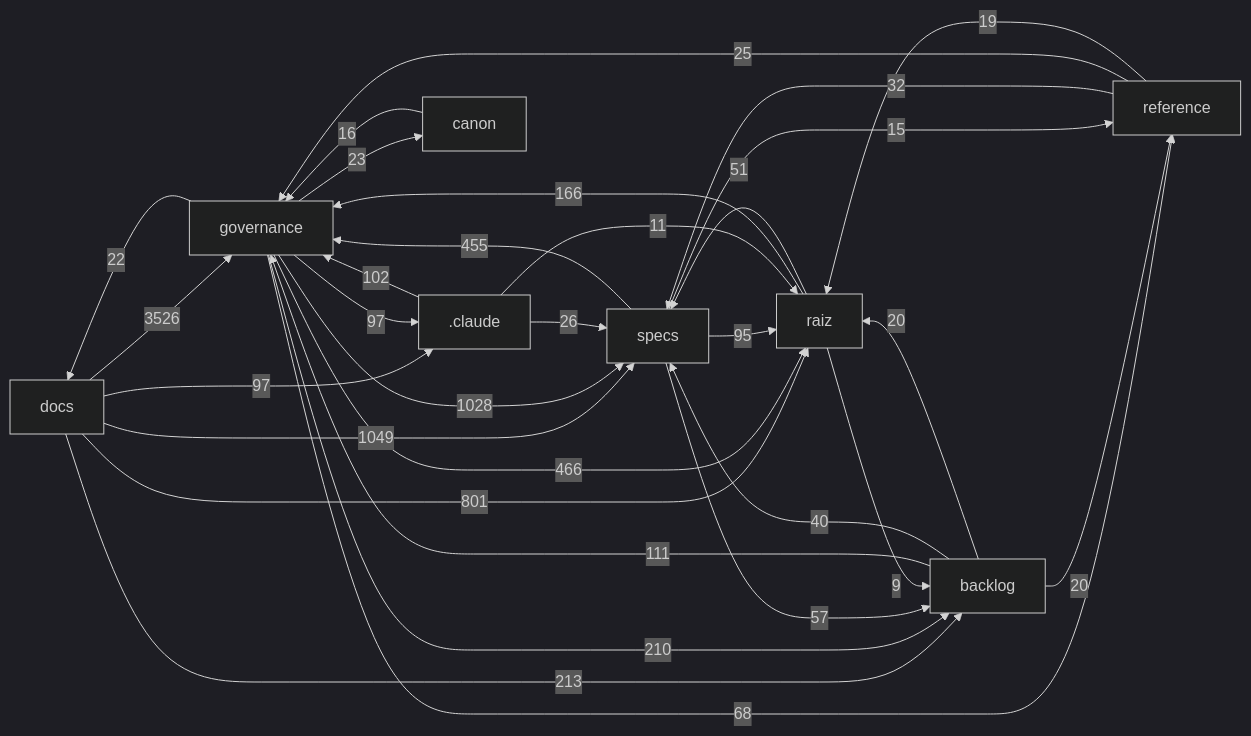
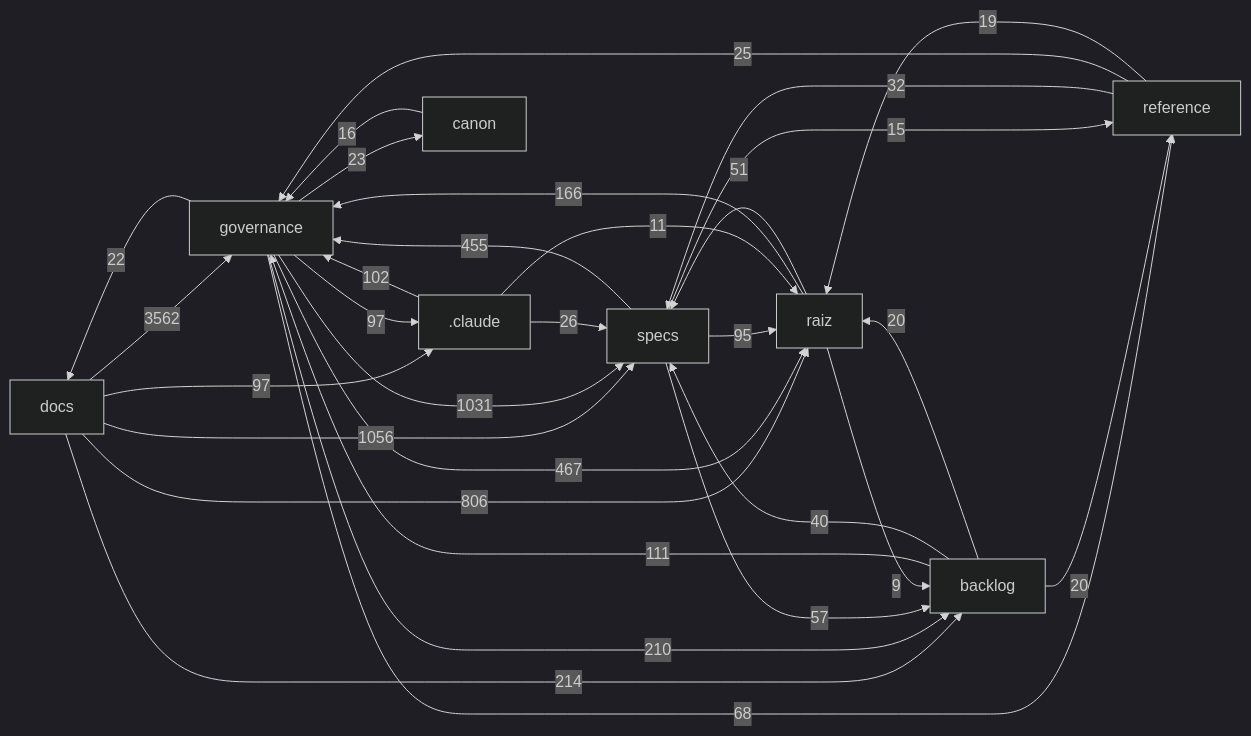
The diagram in docs/mapa/MAPA-PROJETO.md (Andraus35/Sistema-Operacional-de-Trading--SOT), drawn with Mermaid (dark theme) before and after one commit. The commit also changed other lines of this file and 6 other files, not shown here.

````diff
--- a/docs/mapa/MAPA-PROJETO.md
+++ b/docs/mapa/MAPA-PROJETO.md
@@ -29,33 +29,33 @@
 ```mermaid
 flowchart LR
-  docs["docs"] -->|3526| governance["governance"]
-  docs["docs"] -->|1049| specs["specs"]
-  governance["governance"] -->|1028| specs["specs"]
-  docs["docs"] -->|801| raiz["raiz"]
-  governance["governance"] -->|466| raiz["raiz"]
+  docs["docs"] -->|3562| governance["governance"]
+  docs["docs"] -->|1056| specs["specs"]
+  governance["governance"] -->|1031| specs["specs"]
+  docs["docs"] -->|806| raiz["raiz"]
+  governance["governance"] -->|467| raiz["raiz"]
   specs["specs"] -->|455| governance["governance"]
-  docs["docs"] -->|213| backlog["backlog"]
+  docs["docs"] -->|214| backlog["backlog"]
   governance["governance"] -->|210| backlog["backlog"]
   raiz["raiz"] -->|166| governance["governance"]
   backlog["backlog"] -->|111| governance["governance"]
   _claude[".claude"] -->|102| governance["governance"]
   docs["docs"] -->|97| _claude[".claude"]
   governance["governance"] -->|97| _claude[".claude"]
   specs["specs"] -->|95| raiz["raiz"]
   governance["governance"] -->|68| reference["reference"]
   specs["specs"] -->|57| backlog["backlog"]
   raiz["raiz"] -->|51| specs["specs"]
   backlog["backlog"] -->|40| specs["specs"]
   reference["reference"] -->|32| specs["specs"]
   _claude[".claude"] -->|26| specs["specs"]
   reference["reference"] -->|25| governance["governance"]
   governance["governance"] -->|23| canon["canon"]
   governance["governance"] -->|22| docs["docs"]
   backlog["backlog"] -->|20| raiz["raiz"]
   backlog["backlog"] -->|20| reference["reference"]
   reference["reference"] -->|19| raiz["raiz"]
   canon["canon"] -->|16| governance["governance"]
   specs["specs"] -->|15| reference["reference"]
   _claude[".claude"] -->|11| raiz["raiz"]
   raiz["raiz"] -->|9| backlog["backlog"]
 ```
````
